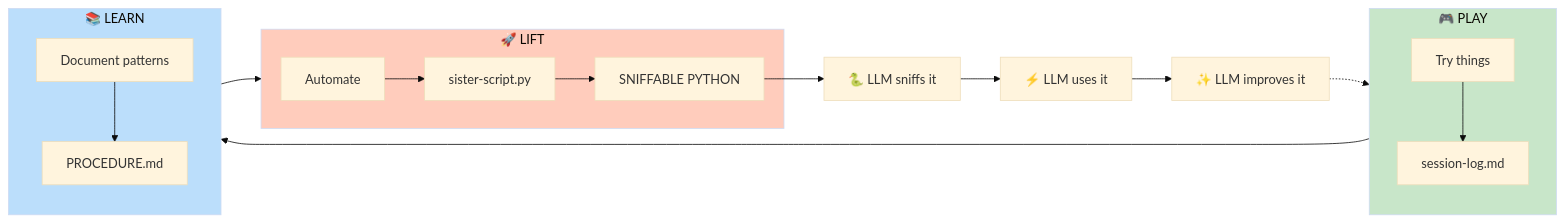
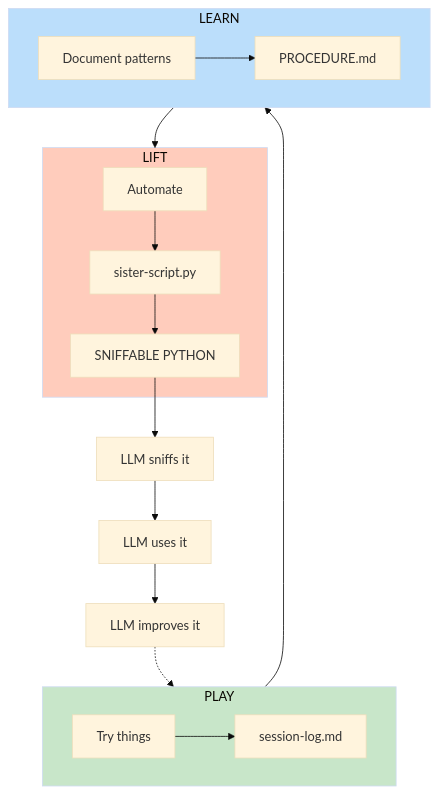
Before and after one commit to SimHacker/moollm: the second of 3 diagrams in skills/sniffable-python/README.md, drawn with Mermaid (base theme). The commit also changed 22 other files, not shown here.

````diff
--- a/skills/sniffable-python/README.md
+++ b/skills/sniffable-python/README.md
@@ -201,26 +201,27 @@
 ```mermaid
-flowchart LR
-    subgraph PLAY["🎮 PLAY"]
+flowchart TD
+    subgraph PLAY["PLAY"]
         P1[Try things] --> P2[session-log.md]
     end
     
-    subgraph LEARN["📚 LEARN"]
+    subgraph LEARN["LEARN"]
         L1[Document patterns] --> L2[PROCEDURE.md]
     end
     
-    subgraph LIFT["🚀 LIFT"]
+    subgraph LIFT["LIFT"]
         LI1[Automate] --> LI2[sister-script.py]
         LI2 --> LI3[SNIFFABLE PYTHON]
     end
     
-    PLAY --> LEARN --> LIFT
+    PLAY --> LEARN
+    LEARN --> LIFT
     
-    LI3 --> SNIFF[🐍 LLM sniffs it]
-    SNIFF --> USE[⚡ LLM uses it]
-    USE --> IMPROVE[✨ LLM improves it]
+    LI3 --> SNIFF[LLM sniffs it]
+    SNIFF --> USE[LLM uses it]
+    USE --> IMPROVE[LLM improves it]
     IMPROVE -.-> PLAY
     
     style PLAY fill:#c8e6c9
     style LEARN fill:#bbdefb
     style LIFT fill:#ffccbc
 ```
````
